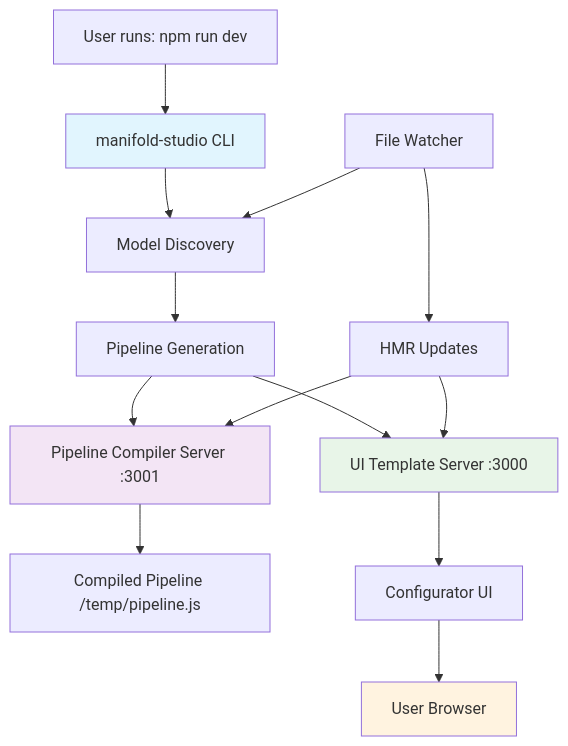
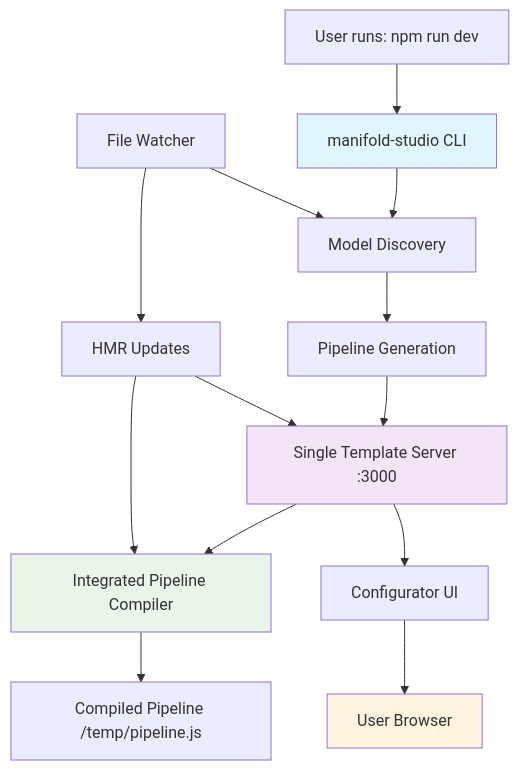
Before and after one commit to tonyhschu/manifold-cad-live-preview: the diagram in packages/configurator/README.md, drawn with Mermaid. The commit also changed other lines of this file and 9 other files, not shown here.

````diff
--- a/packages/configurator/README.md
+++ b/packages/configurator/README.md
@@ -16,21 +16,21 @@
 ```mermaid
 graph TD
     A[User runs: npm run dev] --> B[manifold-studio CLI]
     B --> C[Model Discovery]
     C --> D[Pipeline Generation]
-    D --> E[Pipeline Compiler Server :3001]
-    D --> F[UI Template Server :3000]
-    E --> G[Compiled Pipeline /temp/pipeline.js]
-    F --> H[Configurator UI]
+    D --> E[Single Template Server :3000]
+    E --> F[Integrated Pipeline Compiler]
+    F --> G[Compiled Pipeline /temp/pipeline.js]
+    E --> H[Configurator UI]
     H --> I[User Browser]
 
     J[File Watcher] --> C
     J --> K[HMR Updates]
     K --> E
     K --> F
 
     style B fill:#e1f5fe
     style E fill:#f3e5f5
     style F fill:#e8f5e8
     style I fill:#fff3e0
 ```
````
